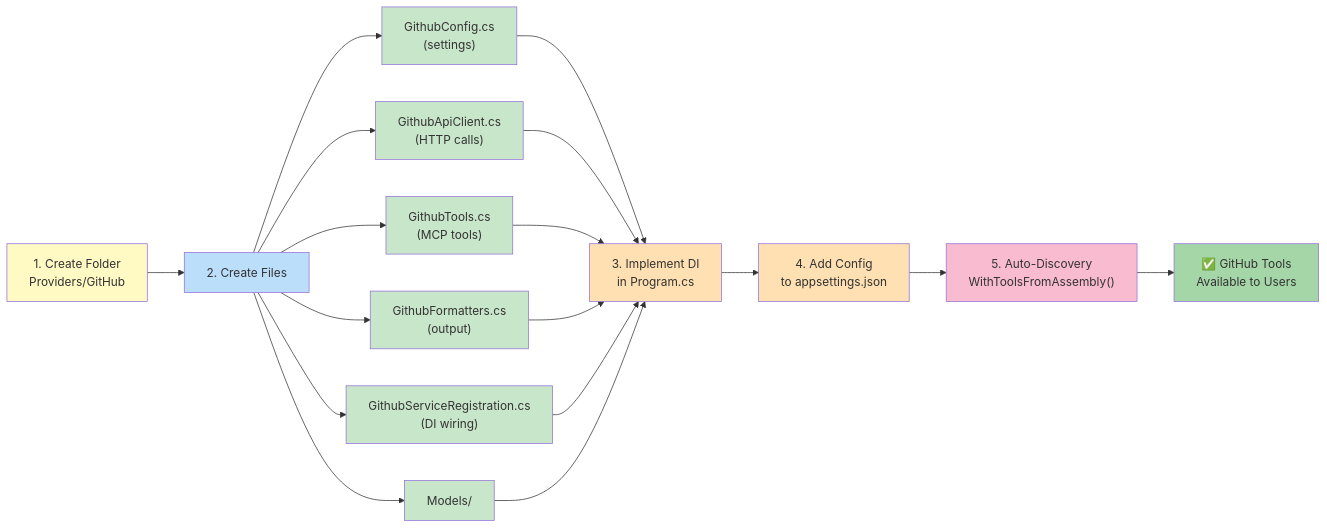
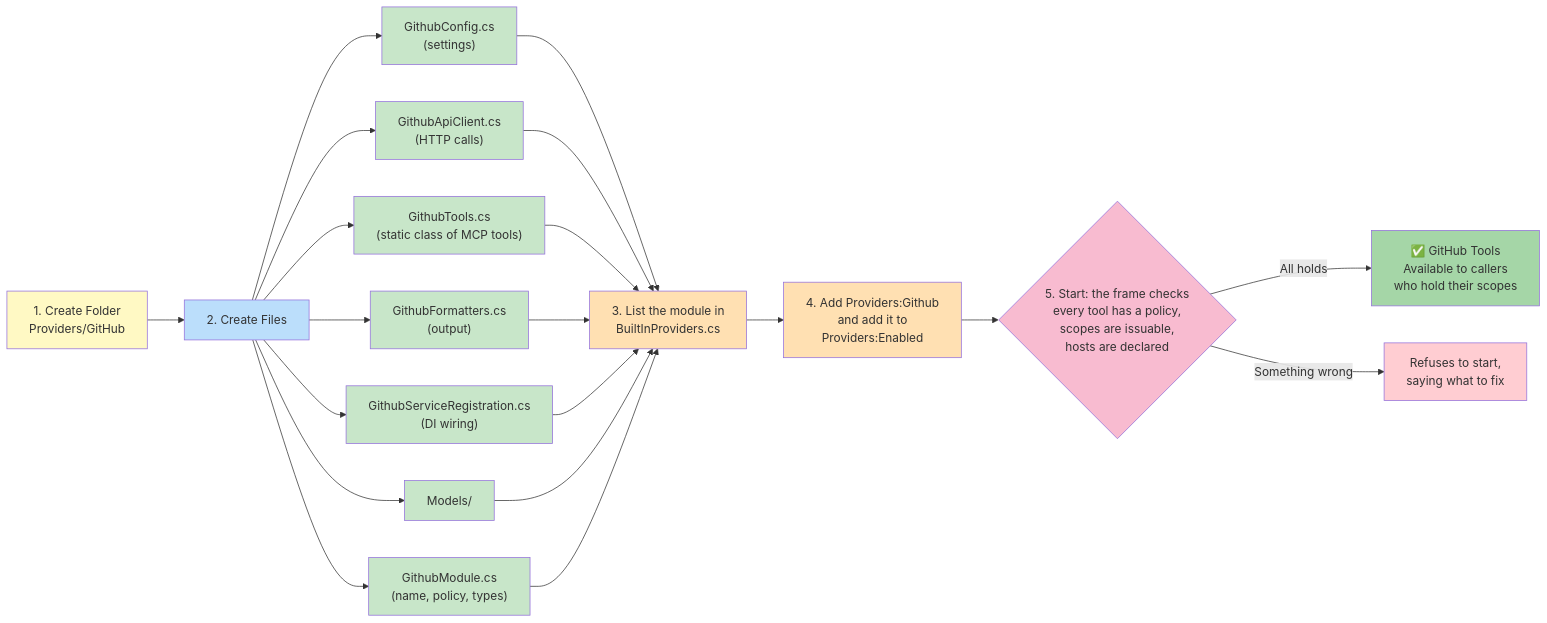
The tenth of 10 diagrams in docs/02-ARCHITECTURE-FLOWCHARTS.md (oskarc/MCPExtensibleTemplate), drawn with Mermaid before and after one commit. The commit also changed other lines of this file and 24 other files, not shown here.

````diff
--- a/docs/02-ARCHITECTURE-FLOWCHARTS.md
+++ b/docs/02-ARCHITECTURE-FLOWCHARTS.md
@@ -390,37 +408,42 @@
 ```mermaid
 graph LR
     A["1. Create Folder<br/>Providers/GitHub"] --> B["2. Create Files"]
-    
+
     B --> B1["GithubConfig.cs<br/>(settings)"]
     B --> B2["GithubApiClient.cs<br/>(HTTP calls)"]
-    B --> B3["GithubTools.cs<br/>(MCP tools)"]
+    B --> B3["GithubTools.cs<br/>(static class of MCP tools)"]
     B --> B4["GithubFormatters.cs<br/>(output)"]
     B --> B5["GithubServiceRegistration.cs<br/>(DI wiring)"]
+    B --> B7["GithubModule.cs<br/>(name, policy, types)"]
     B --> B6["Models/"]
-    
-    B1 --> C["3. Implement DI<br/>in Program.cs"]
+
+    B1 --> C["3. List the module in<br/>BuiltInProviders.cs"]
     B2 --> C
     B3 --> C
     B4 --> C
     B5 --> C
     B6 --> C
-    
-    C --> D["4. Add Config<br/>to appsettings.json"]
-    
-    D --> E["5. Auto-Discovery<br/>WithToolsFromAssembly()"]
-    
-    E --> F["✅ GitHub Tools<br/>Available to Users"]
+    B7 --> C
+
+    C --> D["4. Add Providers:Github<br/>and add it to<br/>Providers:Enabled"]
+
+    D --> E{"5. Start: the frame checks<br/>every tool has a policy,<br/>scopes are issuable,<br/>hosts are declared"}
+
+    E -->|All holds| F["✅ GitHub Tools<br/>Available to callers<br/>who hold their scopes"]
+    E -->|Something wrong| G["Refuses to start,<br/>saying what to fix"]
 
     style A fill:#fff9c4
     style B fill:#bbdefb
     style B1 fill:#c8e6c9
     style B2 fill:#c8e6c9
     style B3 fill:#c8e6c9
     style B4 fill:#c8e6c9
     style B5 fill:#c8e6c9
     style B6 fill:#c8e6c9
+    style B7 fill:#c8e6c9
     style C fill:#ffe0b2
     style D fill:#ffe0b2
     style E fill:#f8bbd0
     style F fill:#a5d6a7
+    style G fill:#ffcdd2
 ```
````
